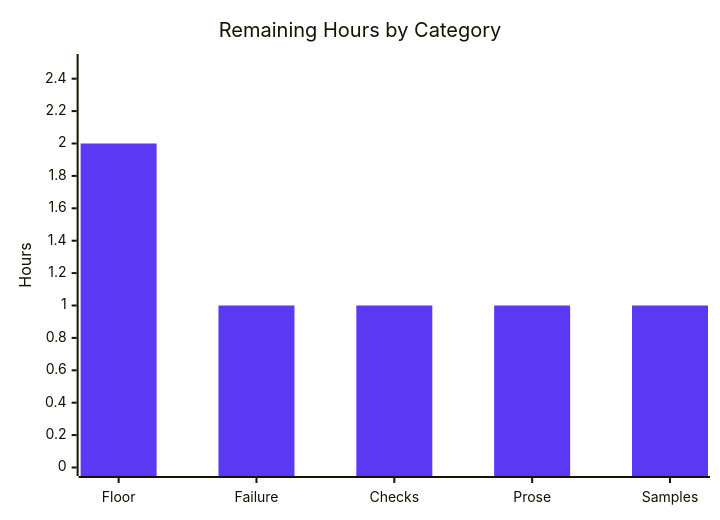
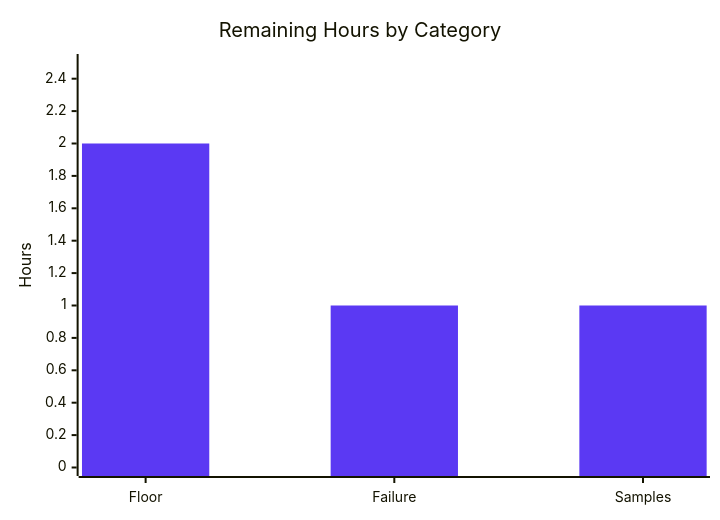
One commit to blitzy-build-in-public/10-16---bar-build-in-public4-df26ee6f changed the third of 3 diagrams in blitzy/documentation/Project Guide - fbbdc177-7d83-4ffc-8794-d5f912292052.md. Above: the diagram before and after it, drawn with Mermaid. The commit also changed other lines of this file, not shown here.

````diff
--- a/blitzy/documentation/Project Guide - fbbdc177-7d83-4ffc-8794-d5f912292052.md
+++ b/blitzy/documentation/Project Guide - fbbdc177-7d83-4ffc-8794-d5f912292052.md
@@ -201,8 +201,8 @@
 ```mermaid
 %%{init: {"themeVariables": {"xyChart": {"plotColorPalette": "#5B39F3"}}}}%%
 xychart-beta
     title "Remaining Hours by Category"
-    x-axis [Floor, Failure, Checks, Prose, Samples]
+    x-axis [Floor, Failure, Samples]
     y-axis "Hours" 0 --> 2.5
-    bar [2.0, 1.0, 1.0, 1.0, 1.0]
+    bar [2.0, 1.0, 1.0]
 ```
````
